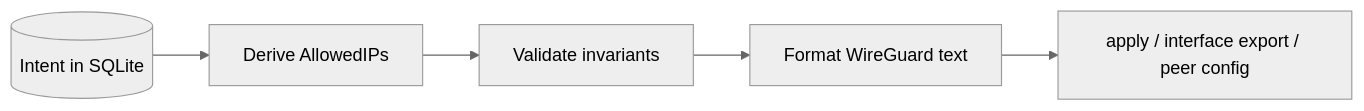
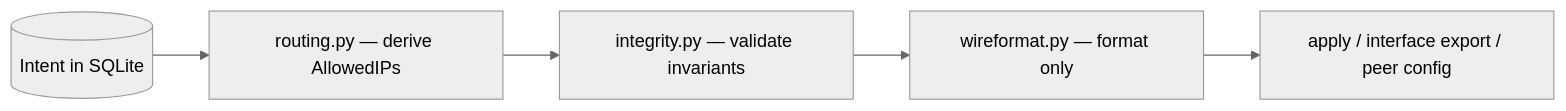
One commit to aleaz/wgpl changed the second of 5 diagrams in README.md. Above: the diagram before and after it, drawn with Mermaid (neutral theme). The commit also changed other lines of this file and 7 other files, not shown here.

First line of the commit message:
docs: align README with architecture and rename routing.md

````diff
--- a/README.md
+++ b/README.md
@@ -73,10 +84,10 @@
 ```mermaid
 flowchart LR
   IntentDB[(Intent in SQLite)]
-  DeriveAllowedIPs[Derive AllowedIPs]
-  ValidateInvariants[Validate invariants]
-  FormatWireGuard[Format WireGuard text]
+  RoutingPy["routing.py — derive AllowedIPs"]
+  IntegrityPy["integrity.py — validate invariants"]
+  WireformatPy["wireformat.py — format only"]
   ApplyPaths["apply / interface export / peer config"]
 
-  IntentDB --> DeriveAllowedIPs --> ValidateInvariants --> FormatWireGuard --> ApplyPaths
+  IntentDB --> RoutingPy --> IntegrityPy --> WireformatPy --> ApplyPaths
 ```
````
